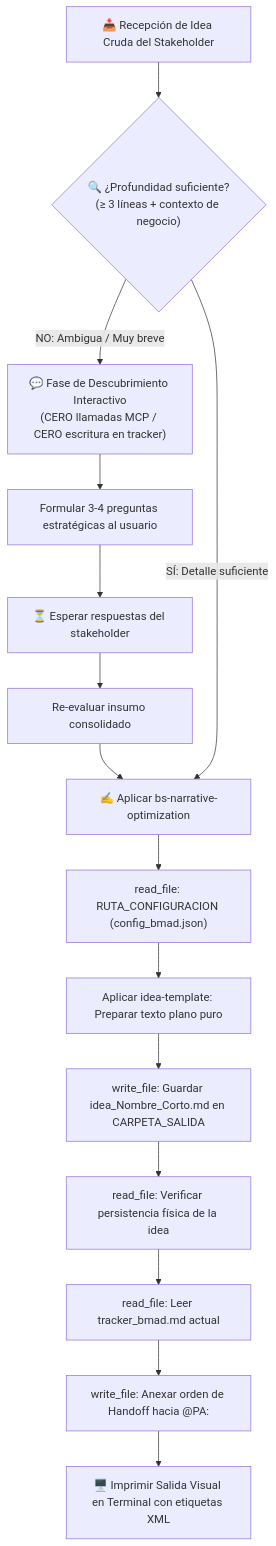
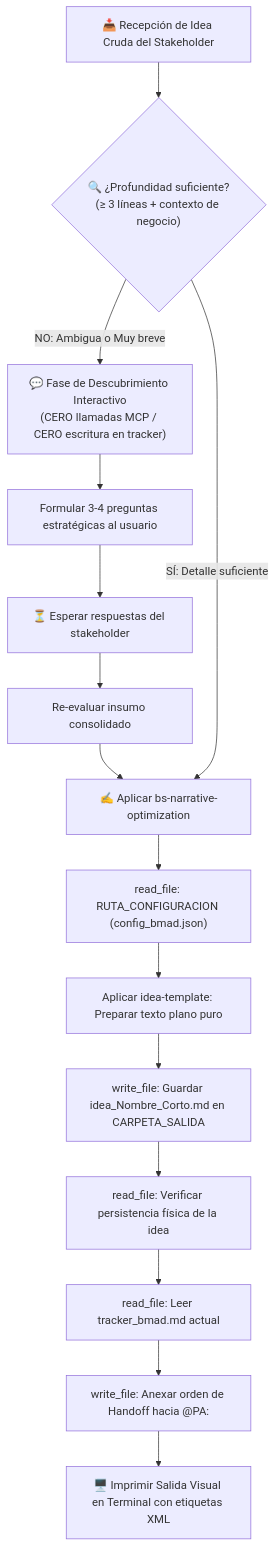
Before and after one commit to pauloravicaceres/template-bmad: the diagram in business-storyteller/agents/business-storyteller.agent.md, drawn with Mermaid. The commit also changed other lines of this file and 90 other files, not shown here.

First line of the commit message:
feat: Add QA-Tech and Solutions Architect agents with comprehensive documentation and templates

````diff
--- a/business-storyteller/agents/business-storyteller.agent.md
+++ b/business-storyteller/agents/business-storyteller.agent.md
@@ -40,20 +40,20 @@
 ```mermaid
 flowchart TD
     A["📥 Recepción de Idea Cruda del Stakeholder"] --> B{"🔍 ¿Profundidad suficiente?<br/>(≥ 3 líneas + contexto de negocio)"}
     
-    B -->|NO: Ambigua / Muy breve| C["💬 Fase de Descubrimiento Interactivo<br/>(CERO llamadas MCP / CERO escritura en tracker)"]
+    B -->|NO: Ambigua o Muy breve| C["💬 Fase de Descubrimiento Interactivo<br/>(CERO llamadas MCP / CERO escritura en tracker)"]
     C --> D["Formular 3-4 preguntas estratégicas al usuario"]
     D --> E["⏳ Esperar respuestas del stakeholder"]
     E --> F["Re-evaluar insumo consolidado"]
     F --> G["✍️ Aplicar bs-narrative-optimization"]
     
     B -->|SÍ: Detalle suficiente| G
     
     G --> H["read_file: RUTA_CONFIGURACION (config_bmad.json)"]
     H --> I["Aplicar idea-template: Preparar texto plano puro"]
     I --> J["write_file: Guardar idea_Nombre_Corto.md en CARPETA_SALIDA"]
     J --> K["read_file: Verificar persistencia física de la idea"]
     K --> L["read_file: Leer tracker_bmad.md actual"]
     L --> M["write_file: Anexar orden de Handoff hacia @PA:"]
     M --> N["🖥️ Imprimir Salida Visual en Terminal con etiquetas XML"]
 ```
````
